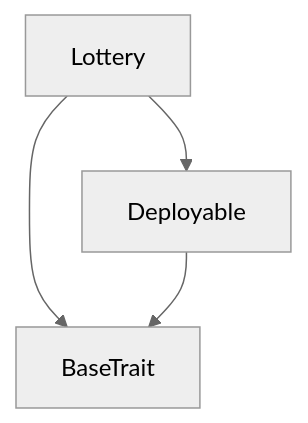
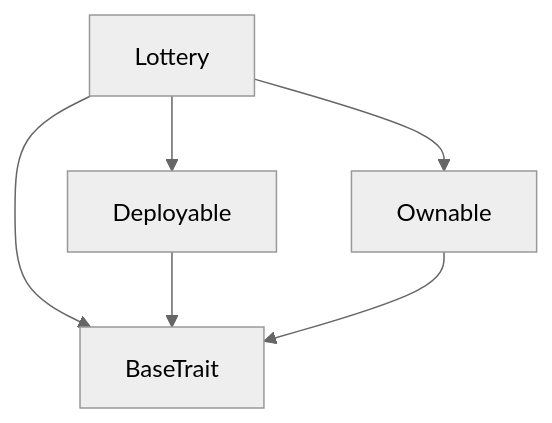
The first of 2 diagrams in build/lottery/lottery_Lottery.md (ltrtoniran-oss/ton_lottery), drawn with Mermaid (neutral theme) before and after one commit. The commit also changed other lines of this file and 13 other files, not shown here.

````diff
--- a/build/lottery/lottery_Lottery.md
+++ b/build/lottery/lottery_Lottery.md
@@ -134,7 +142,9 @@
 ```mermaid
 graph TD
 Lottery
 Lottery --> BaseTrait
 Lottery --> Deployable
 Deployable --> BaseTrait
+Lottery --> Ownable
+Ownable --> BaseTrait
 ```
````
